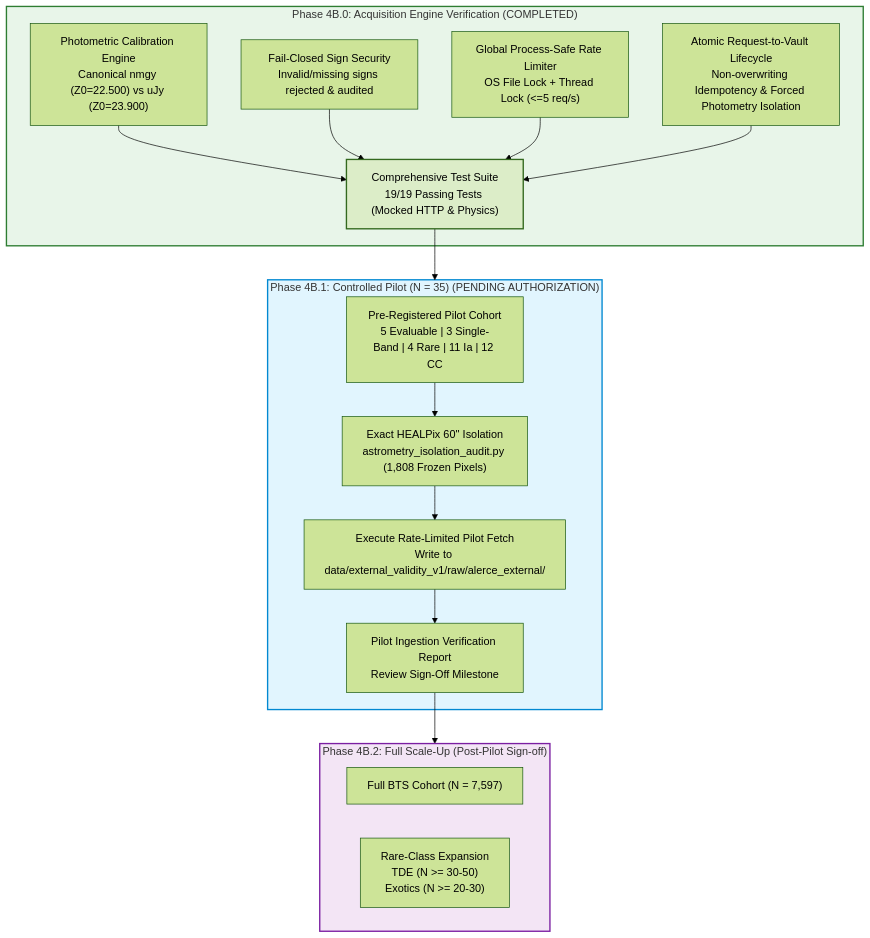
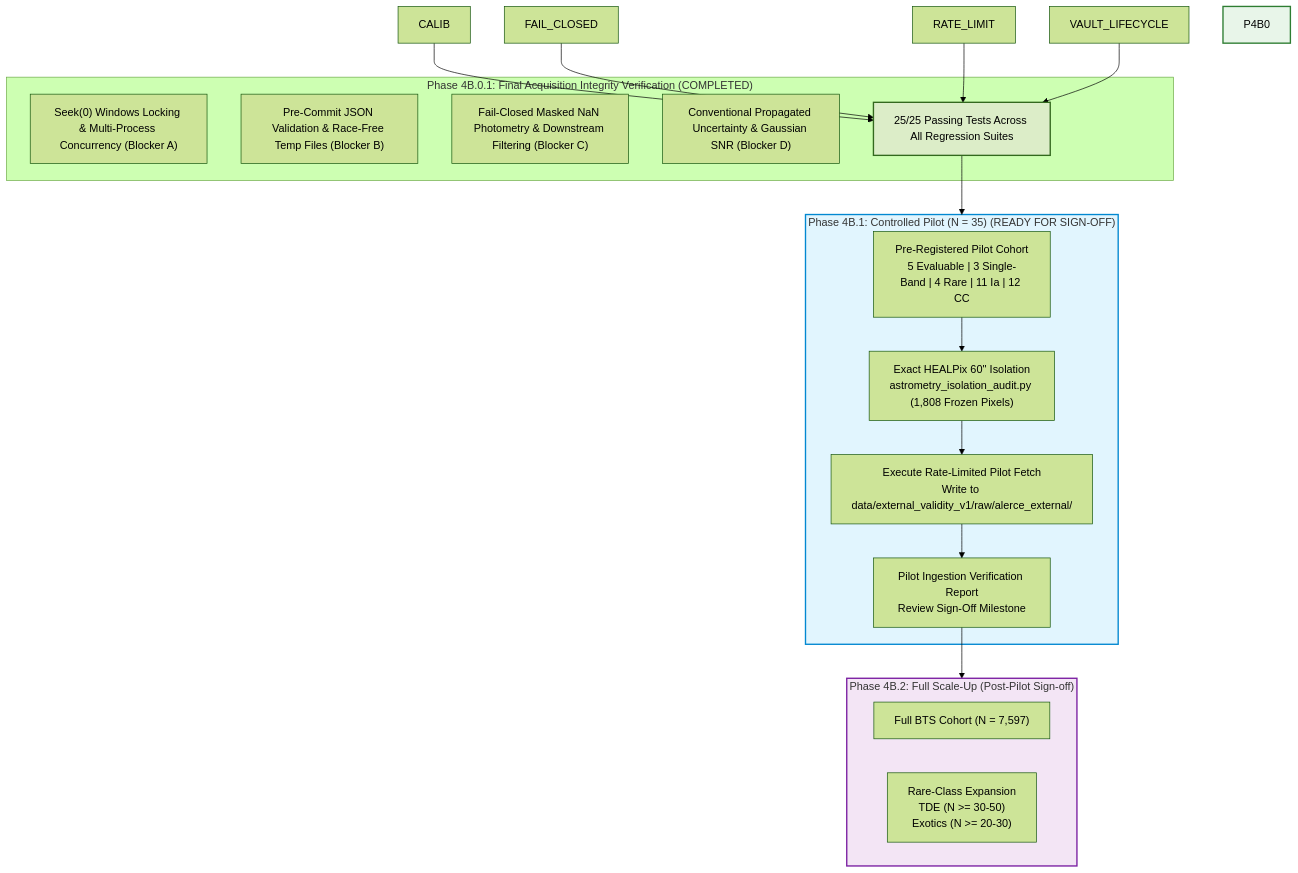
The diagram in experiments/gate4b_broker_acquisition_and_cohort_expansion/GATE_4B_BROKER_ACQUISITION_AND_COHORT_EXPANSION_PROTOCOL.md (TEKURU-ZENO/ASTRAEUS), drawn with Mermaid (forest theme) before and after one commit. The commit also changed other lines of this file and 3 other files, not shown here.

Commit message:
feat(gate-4b): complete Phase 4B.0.1 final acquisition integrity verification and expand regression test suite

````diff
--- a/experiments/gate4b_broker_acquisition_and_cohort_expansion/GATE_4B_BROKER_ACQUISITION_AND_COHORT_EXPANSION_PROTOCOL.md
+++ b/experiments/gate4b_broker_acquisition_and_cohort_expansion/GATE_4B_BROKER_ACQUISITION_AND_COHORT_EXPANSION_PROTOCOL.md
@@ -32,35 +34,35 @@
 ```mermaid
 flowchart TD
-    subgraph P4B0["Phase 4B.0: Acquisition Engine Verification (COMPLETED)"]
-        CALIB["Photometric Calibration Engine<br/>Canonical nmgy (Z0=22.500) vs uJy (Z0=23.900)"]
-        FAIL_CLOSED["Fail-Closed Sign Security<br/>Invalid/missing signs rejected & audited"]
-        RATE_LIMIT["Global Process-Safe Rate Limiter<br/>OS File Lock + Thread Lock (<=5 req/s)"]
-        VAULT_LIFECYCLE["Atomic Request-to-Vault Lifecycle<br/>Non-overwriting Idempotency & Forced Photometry Isolation"]
-        TESTS["Comprehensive Test Suite<br/>19/19 Passing Tests (Mocked HTTP & Physics)"]
+    subgraph P4B01["Phase 4B.0.1: Final Acquisition Integrity Verification (COMPLETED)"]
+        LOCK["Seek(0) Windows Locking & Multi-Process Concurrency (Blocker A)"]
+        VAL["Pre-Commit JSON Validation & Race-Free Temp Files (Blocker B)"]
+        NAN_MASK["Fail-Closed Masked NaN Photometry & Downstream Filtering (Blocker C)"]
+        UNCERT["Conventional Propagated Uncertainty & Gaussian SNR (Blocker D)"]
+        TESTS["25/25 Passing Tests Across All Regression Suites"]
     end
 
-    subgraph P4B1["Phase 4B.1: Controlled Pilot (N = 35) (PENDING AUTHORIZATION)"]
+    subgraph P4B1["Phase 4B.1: Controlled Pilot (N = 35) (READY FOR SIGN-OFF)"]
         PILOT_SPEC["Pre-Registered Pilot Cohort<br/>5 Evaluable | 3 Single-Band | 4 Rare | 11 Ia | 12 CC"]
         HP_AUDIT["Exact HEALPix 60'' Isolation<br/>astrometry_isolation_audit.py (1,808 Frozen Pixels)"]
         PILOT_FETCH["Execute Rate-Limited Pilot Fetch<br/>Write to data/external_validity_v1/raw/alerce_external/"]
         PILOT_SIGN["Pilot Ingestion Verification Report<br/>Review Sign-Off Milestone"]
     end
 
     subgraph P4B2["Phase 4B.2: Full Scale-Up (Post-Pilot Sign-off)"]
         FULL_COHORT["Full BTS Cohort (N = 7,597)"]
         RARE_EXP["Rare-Class Expansion<br/>TDE (N >= 30-50)<br/>Exotics (N >= 20-30)"]
     end
 
     CALIB --> TESTS
     FAIL_CLOSED --> TESTS
     RATE_LIMIT --> TESTS
     VAULT_LIFECYCLE --> TESTS
     TESTS --> P4B1
     PILOT_SPEC --> HP_AUDIT --> PILOT_FETCH --> PILOT_SIGN
     PILOT_SIGN --> P4B2
 
     style P4B0 fill:#e8f5e9,stroke:#2e7d32,stroke-width:2px
     style P4B1 fill:#e1f5fe,stroke:#0288d1,stroke-width:2px
     style P4B2 fill:#f3e5f5,stroke:#7b1fa2,stroke-width:2px
     style TESTS fill:#dcedc8,stroke:#33691e,stroke-width:2px
 ```
````
